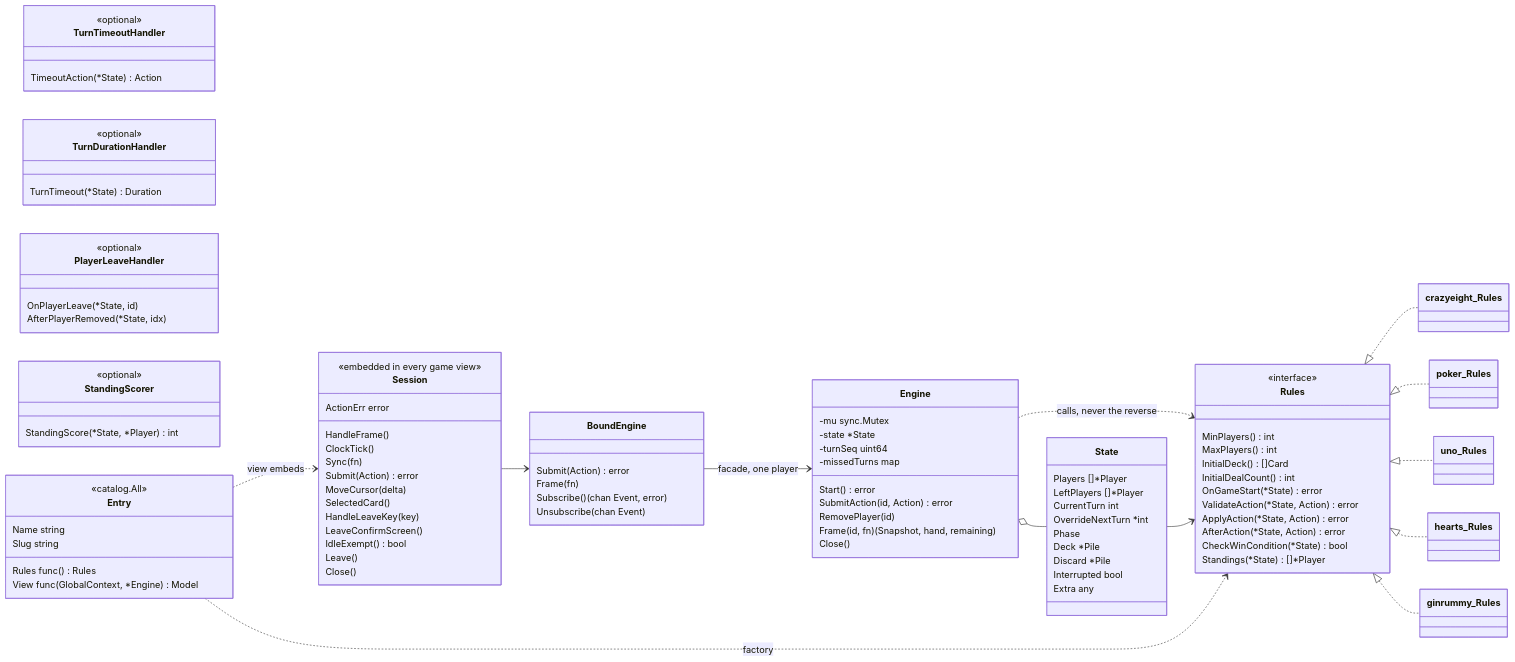
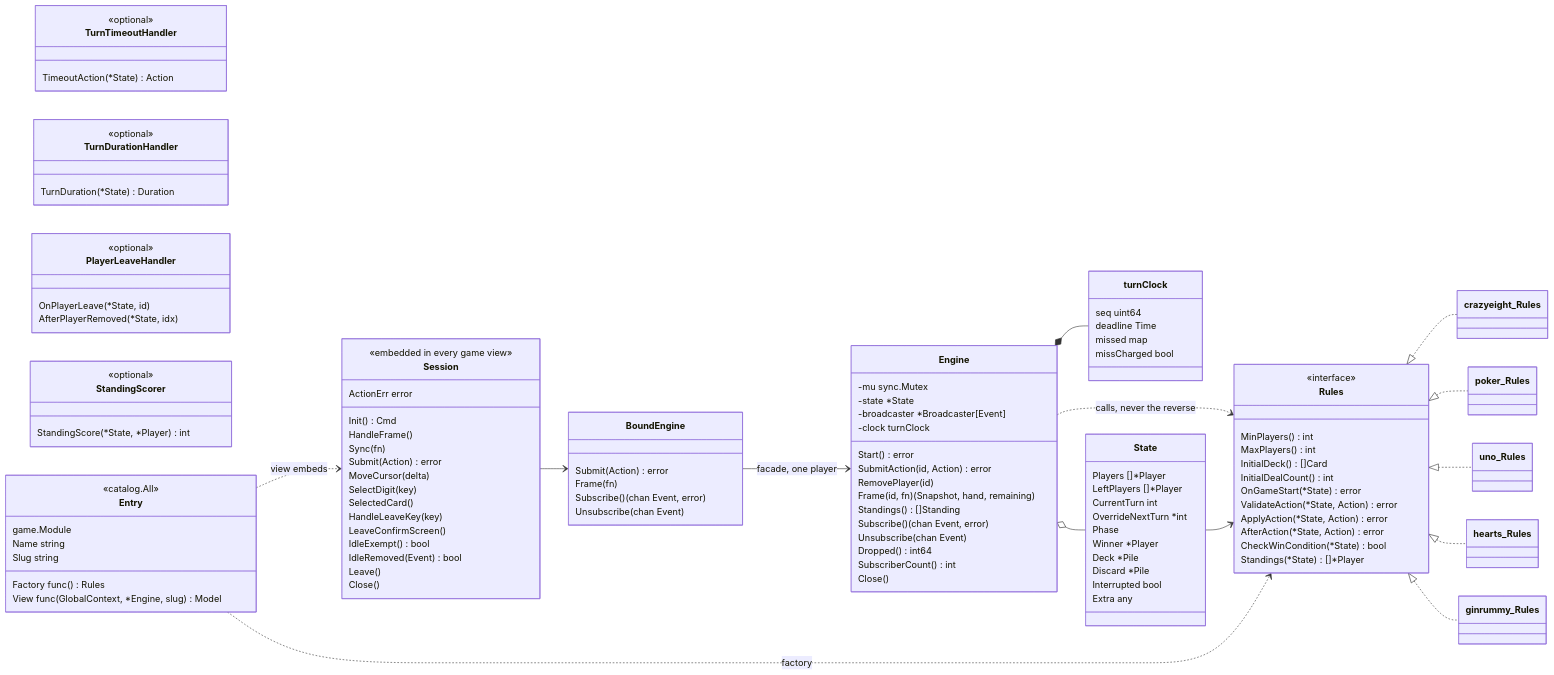
The tenth of 11 diagrams in docs/codebase-map.md (Pieczasz/terminal-card), drawn with Mermaid before and after one commit. The commit also changed other lines of this file and 1 other file, not shown here.

Commit message:
docs(codebase-map): recount, regenerate the package and class diagrams, refresh the reading guide

```diff
--- a/docs/codebase-map.md
+++ b/docs/codebase-map.md
@@ -337,7 +356,7 @@
     }
     class TurnDurationHandler {
         <<optional>>
-        TurnTimeout(*State) Duration
+        TurnDuration(*State) Duration
     }
     class PlayerLeaveHandler {
         <<optional>>
@@ -352,13 +371,24 @@
     class Engine {
         -mu sync.Mutex
         -state *State
-        -turnSeq uint64
-        -missedTurns map
+        -broadcaster *Broadcaster[Event]
+        -clock turnClock
         Start() error
         SubmitAction(id, Action) error
         RemovePlayer(id)
         Frame(id, fn) (Snapshot, hand, remaining)
+        Standings() []Standing
+        Subscribe() (chan Event, error)
+        Unsubscribe(chan Event)
+        Dropped() int64
+        SubscriberCount() int
         Close()
+    }
+    class turnClock {
+        seq uint64
+        deadline Time
+        missed map
+        missCharged bool
     }
     class State {
         Players []*Player
@@ -366,6 +396,7 @@
         CurrentTurn int
         OverrideNextTurn *int
         Phase
+        Winner *Player
         Deck *Pile
         Discard *Pile
         Interrupted bool
@@ -380,27 +411,31 @@
     class Session {
         <<embedded in every game view>>
         ActionErr error
+        Init() Cmd
         HandleFrame()
-        ClockTick()
         Sync(fn)
         Submit(Action) error
         MoveCursor(delta)
+        SelectDigit(key)
         SelectedCard()
         HandleLeaveKey(key)
         LeaveConfirmScreen()
         IdleExempt() bool
+        IdleRemoved(Event) bool
         Leave()
         Close()
     }
     class Entry {
         <<catalog.All>>
+        game.Module
         Name string
         Slug string
-        Rules func() Rules
-        View func(GlobalContext, *Engine) Model
+        Factory func() Rules
+        View func(GlobalContext, *Engine, slug) Model
     }
 
     Engine o-- State
+    Engine *-- turnClock
     Engine ..> Rules : calls, never the reverse
     State --> Rules
     Rules <|.. crazyeight_Rules
```
